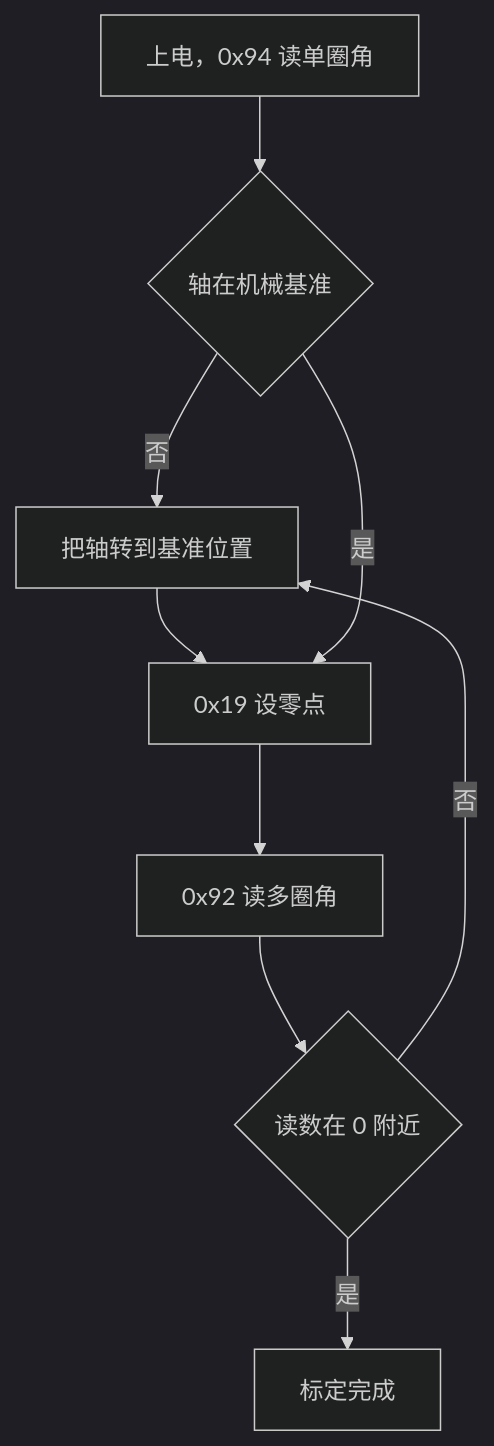
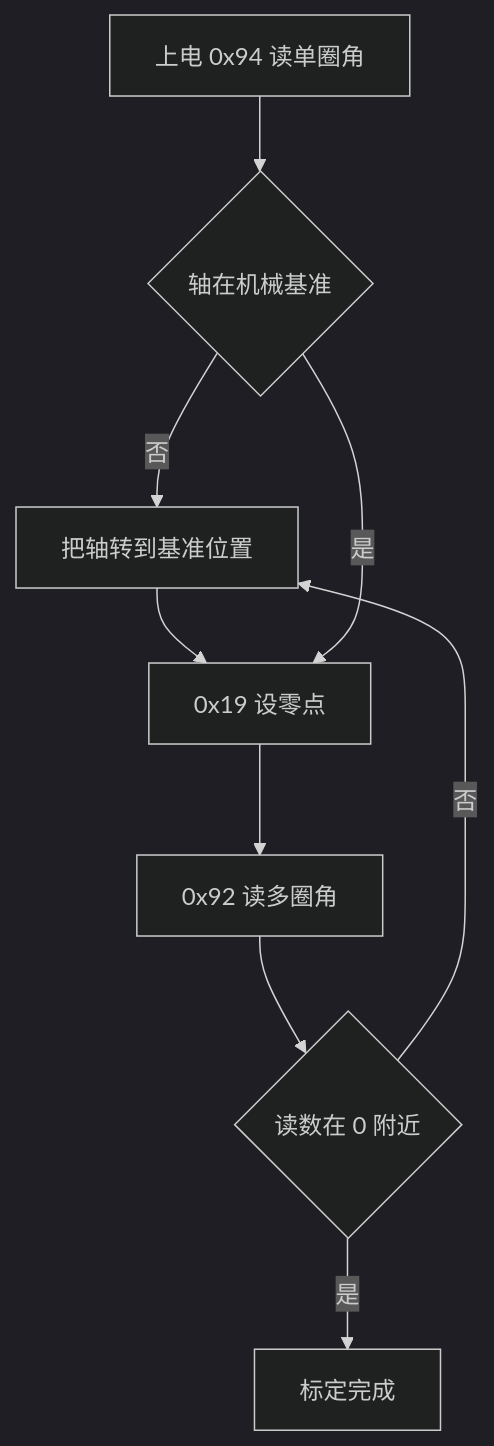
One commit to TC635807/TC63PersonalWebsite changed the first of 3 diagrams in docs/03-CAN 与电机/04-LK电机/03-多圈角度与零点标定.md. Above: the diagram before and after it, drawn with Mermaid (dark theme). The commit also changed other lines of this file and 728 other files, not shown here.

````diff
--- a/docs/03-CAN 与电机/04-LK电机/03-多圈角度与零点标定.md
+++ b/docs/03-CAN 与电机/04-LK电机/03-多圈角度与零点标定.md
@@ -40,11 +48,11 @@
 ```mermaid
 flowchart TD
-  A["上电，0x94 读单圈角"] --> B{"轴在机械基准"}
+  A["上电 0x94 读单圈角"] --> B{"轴在机械基准"}
   B -->|"否"| C["把轴转到基准位置"]
   C --> D["0x19 设零点"]
   B -->|"是"| D
   D --> E["0x92 读多圈角"]
   E --> F{"读数在 0 附近"}
   F -->|"否"| C
   F -->|"是"| G["标定完成"]
 ```
````
